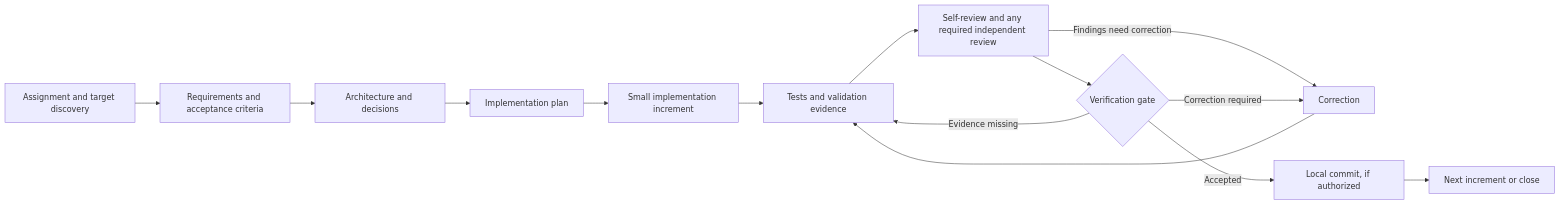
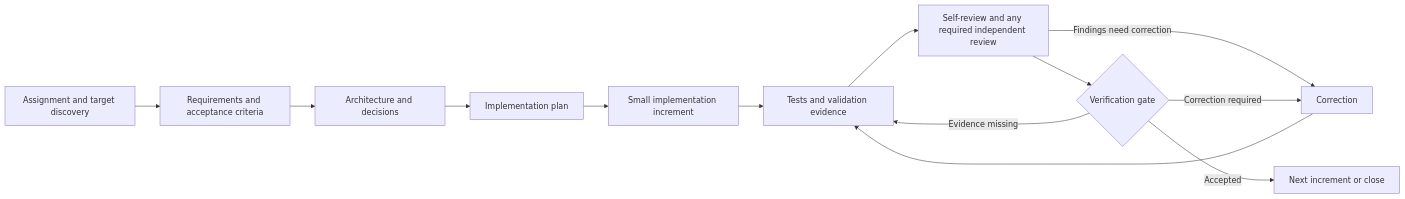
The diagram in README.md (slcosentino1/autonomous-engineering-harness), drawn with Mermaid before and after one commit. The commit also changed other lines of this file and 25 other files, not shown here.

````diff
--- a/README.md
+++ b/README.md
@@ -15,16 +15,15 @@
 ```mermaid
 flowchart LR
     A[Assignment and target discovery] --> B[Requirements and acceptance criteria]
     B --> C[Architecture and decisions]
     C --> D[Implementation plan]
     D --> E[Small implementation increment]
     E --> F[Tests and validation evidence]
     F --> G[Self-review and any required independent review]
     G -->|Findings need correction| K[Correction]
     K --> F
     G --> H{Verification gate}
     H -->|Correction required| K
     H -->|Evidence missing| F
-    H -->|Accepted| I[Local commit, if authorized]
-    I --> J[Next increment or close]
+    H -->|Accepted| I[Next increment or close]
 ```
````
